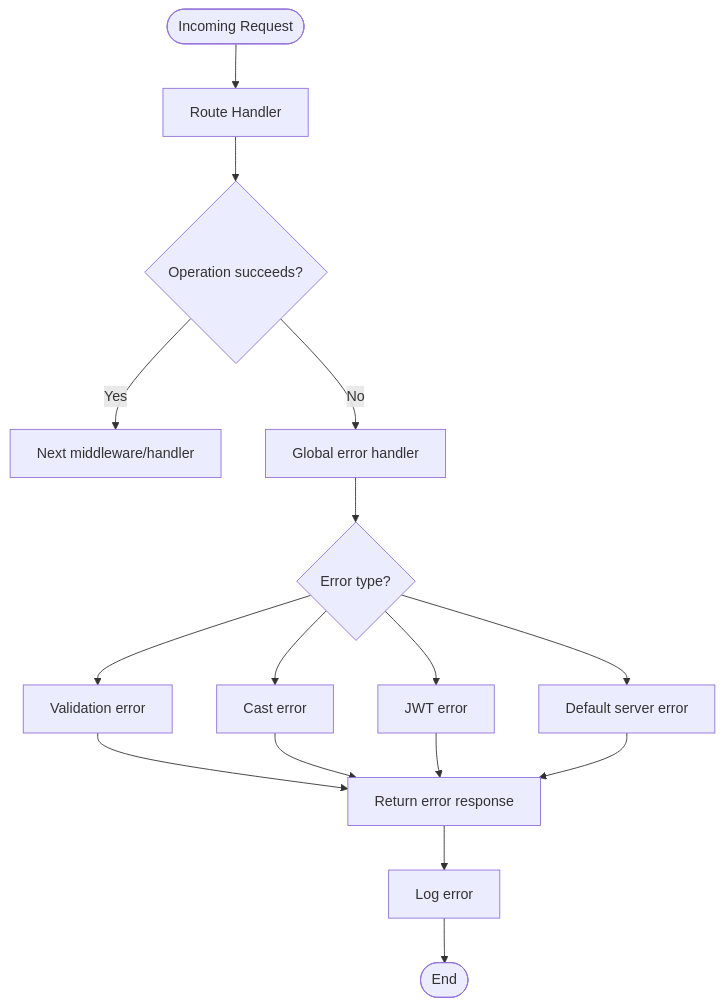
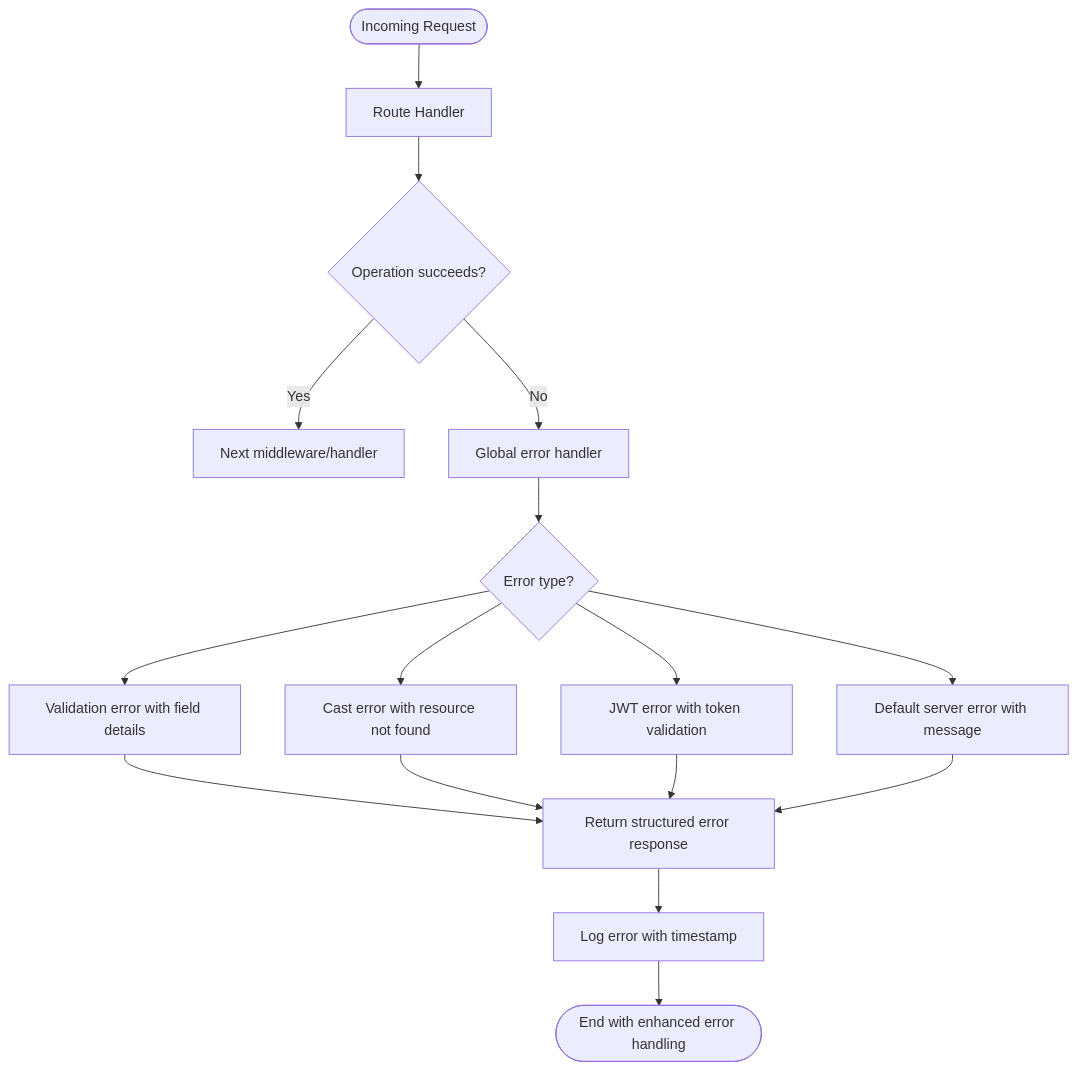
One commit to aayeshasiddiqah2611-pixel/flavora_ai_server changed the eighth of 9 diagrams in .qoder/repowiki/en/content/Deployment and Distribution/Deployment Configuration.md. Above: the diagram before and after it, drawn with Mermaid. The commit also changed other lines of this file and 7 other files, not shown here.

````diff
--- a/.qoder/repowiki/en/content/Deployment and Distribution/Deployment Configuration.md
+++ b/.qoder/repowiki/en/content/Deployment and Distribution/Deployment Configuration.md
@@ -300,18 +301,18 @@
 ```mermaid
 flowchart TD
 Start(["Incoming Request"]) --> Route["Route Handler"]
 Route --> TryBlock{"Operation succeeds?"}
 TryBlock --> |Yes| Next["Next middleware/handler"]
 TryBlock --> |No| ErrorHandler["Global error handler"]
 ErrorHandler --> Type{"Error type?"}
-Type --> Validation["Validation error"]
-Type --> Cast["Cast error"]
-Type --> JWT["JWT error"]
-Type --> Default["Default server error"]
-Validation --> Respond["Return error response"]
+Type --> Validation["Validation error with field details"]
+Type --> Cast["Cast error with resource not found"]
+Type --> JWT["JWT error with token validation"]
+Type --> Default["Default server error with message"]
+Validation --> Respond["Return structured error response"]
 Cast --> Respond
 JWT --> Respond
 Default --> Respond
-Respond --> Log["Log error"]
-Log --> End(["End"])
+Respond --> Log["Log error with timestamp"]
+Log --> End(["End with enhanced error handling"])
 ```
````
